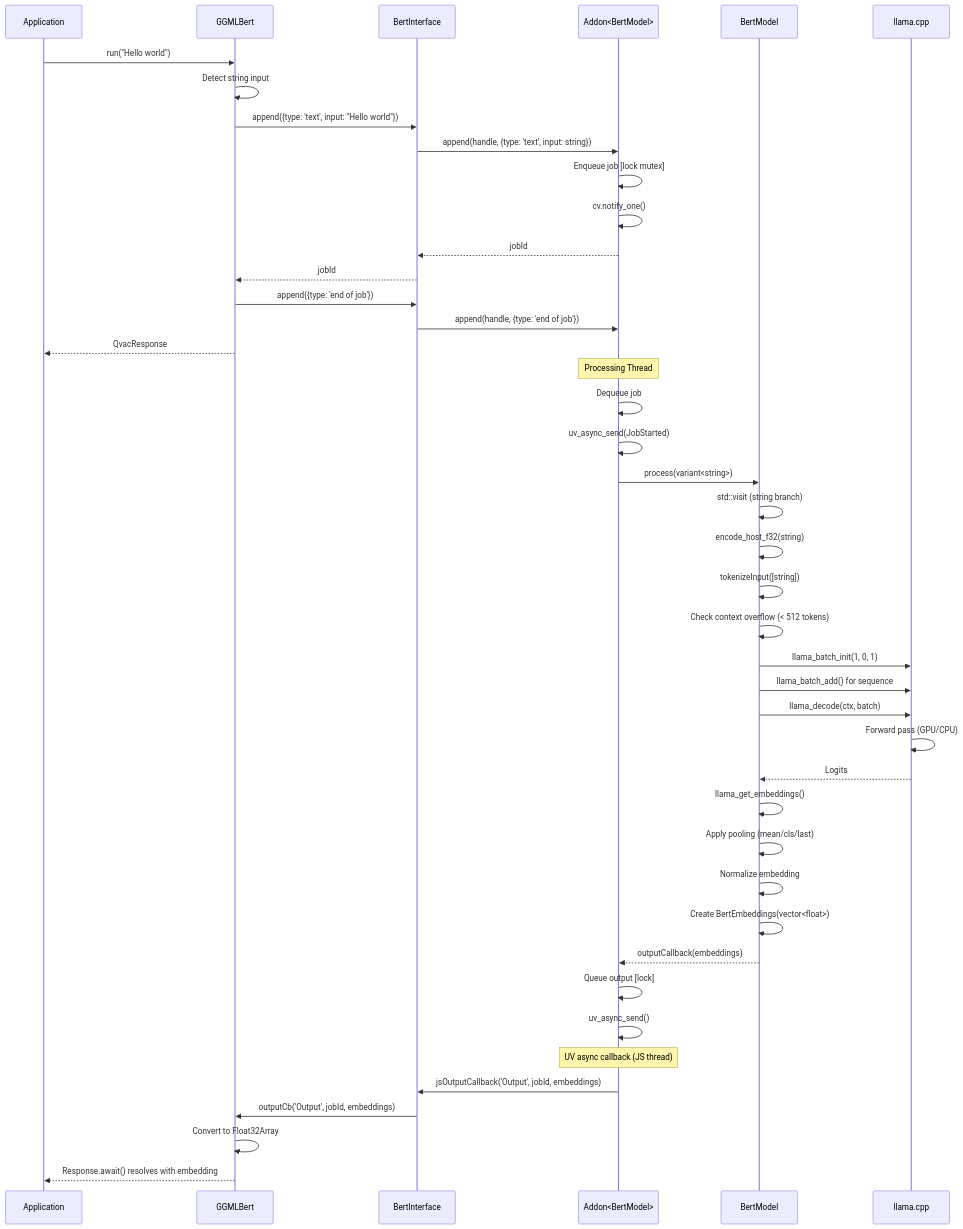
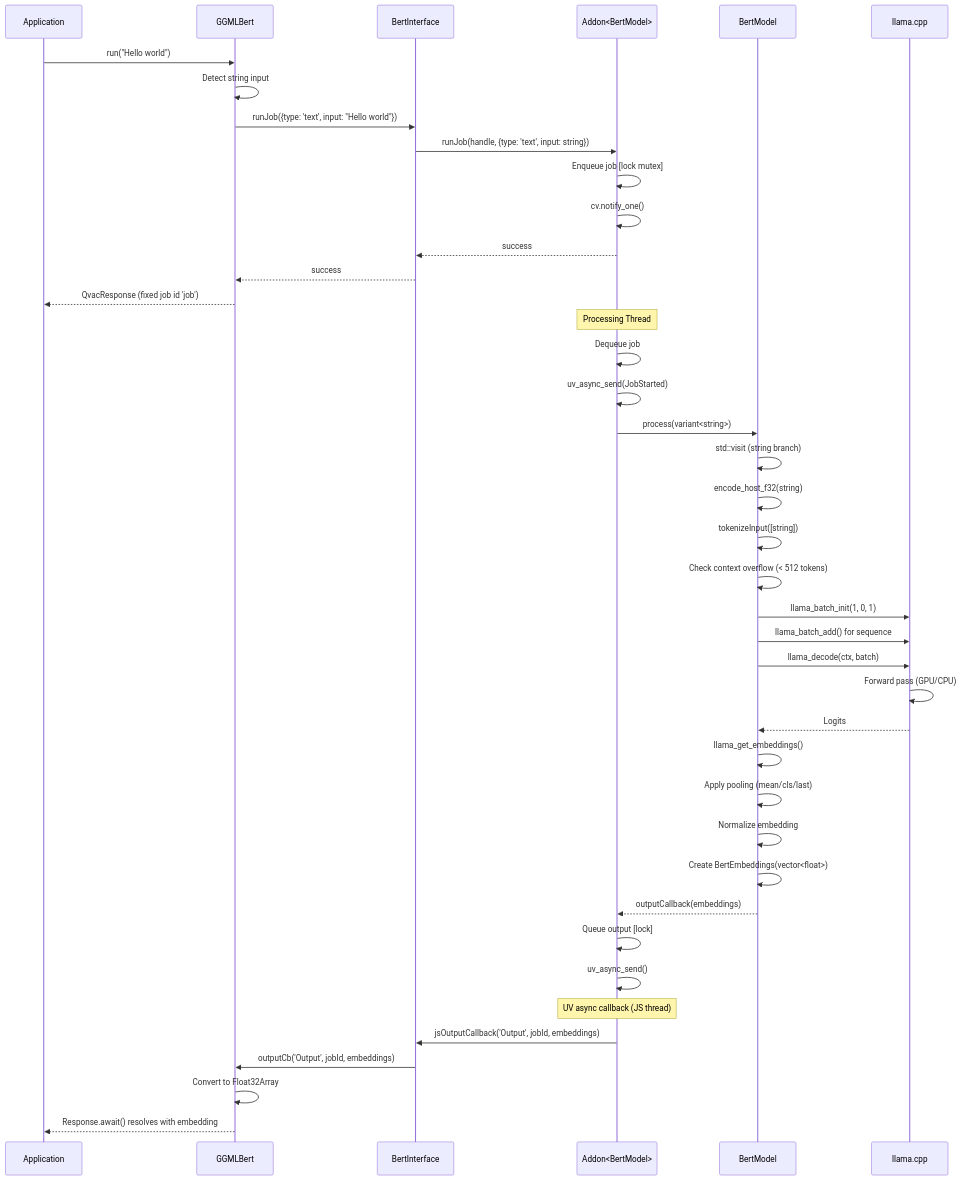
One commit to tetherto/qvac changed the seventh of 9 diagrams in packages/qvac-lib-infer-llamacpp-embed/docs/data-flows-detailed.md. Above: the diagram before and after it, drawn with Mermaid. The commit also changed other lines of this file and 2 other files, not shown here.

````diff
--- a/packages/qvac-lib-infer-llamacpp-embed/docs/data-flows-detailed.md
+++ b/packages/qvac-lib-infer-llamacpp-embed/docs/data-flows-detailed.md
@@ -286,52 +283,50 @@
 ```mermaid
 sequenceDiagram
     participant App as Application
     participant GGMLBert as GGMLBert
     participant BI as BertInterface
     participant Addon as Addon<BertModel>
     participant BM as BertModel
     participant LLAMA as llama.cpp
     
     App->>GGMLBert: run("Hello world")
     GGMLBert->>GGMLBert: Detect string input
-    GGMLBert->>BI: append({type: 'text', input: "Hello world"})
-    BI->>Addon: append(handle, {type: 'text', input: string})
+    GGMLBert->>BI: runJob({type: 'text', input: "Hello world"})
+    BI->>Addon: runJob(handle, {type: 'text', input: string})
     Addon->>Addon: Enqueue job [lock mutex]
     Addon->>Addon: cv.notify_one()
-    Addon-->>BI: jobId
-    BI-->>GGMLBert: jobId
-    GGMLBert->>BI: append({type: 'end of job'})
-    BI->>Addon: append(handle, {type: 'end of job'})
-    GGMLBert-->>App: QvacResponse
+    Addon-->>BI: success
+    BI-->>GGMLBert: success
+    GGMLBert-->>App: QvacResponse (fixed job id 'job')
     
     Note over Addon: Processing Thread
     Addon->>Addon: Dequeue job
     Addon->>Addon: uv_async_send(JobStarted)
     Addon->>BM: process(variant<string>)
     
     BM->>BM: std::visit (string branch)
     BM->>BM: encode_host_f32(string)
     BM->>BM: tokenizeInput([string])
     BM->>BM: Check context overflow (< 512 tokens)
     
     BM->>LLAMA: llama_batch_init(1, 0, 1)
     BM->>LLAMA: llama_batch_add() for sequence
     BM->>LLAMA: llama_decode(ctx, batch)
     LLAMA->>LLAMA: Forward pass (GPU/CPU)
     LLAMA-->>BM: Logits
     
     BM->>BM: llama_get_embeddings()
     BM->>BM: Apply pooling (mean/cls/last)
     BM->>BM: Normalize embedding
     BM->>BM: Create BertEmbeddings(vector<float>)
     BM-->>Addon: outputCallback(embeddings)
     
     Addon->>Addon: Queue output [lock]
     Addon->>Addon: uv_async_send()
     
     Note over Addon: UV async callback (JS thread)
     Addon->>BI: jsOutputCallback('Output', jobId, embeddings)
     BI->>GGMLBert: outputCb('Output', jobId, embeddings)
     GGMLBert->>GGMLBert: Convert to Float32Array
     GGMLBert-->>App: Response.await() resolves with embedding
 ```
````
